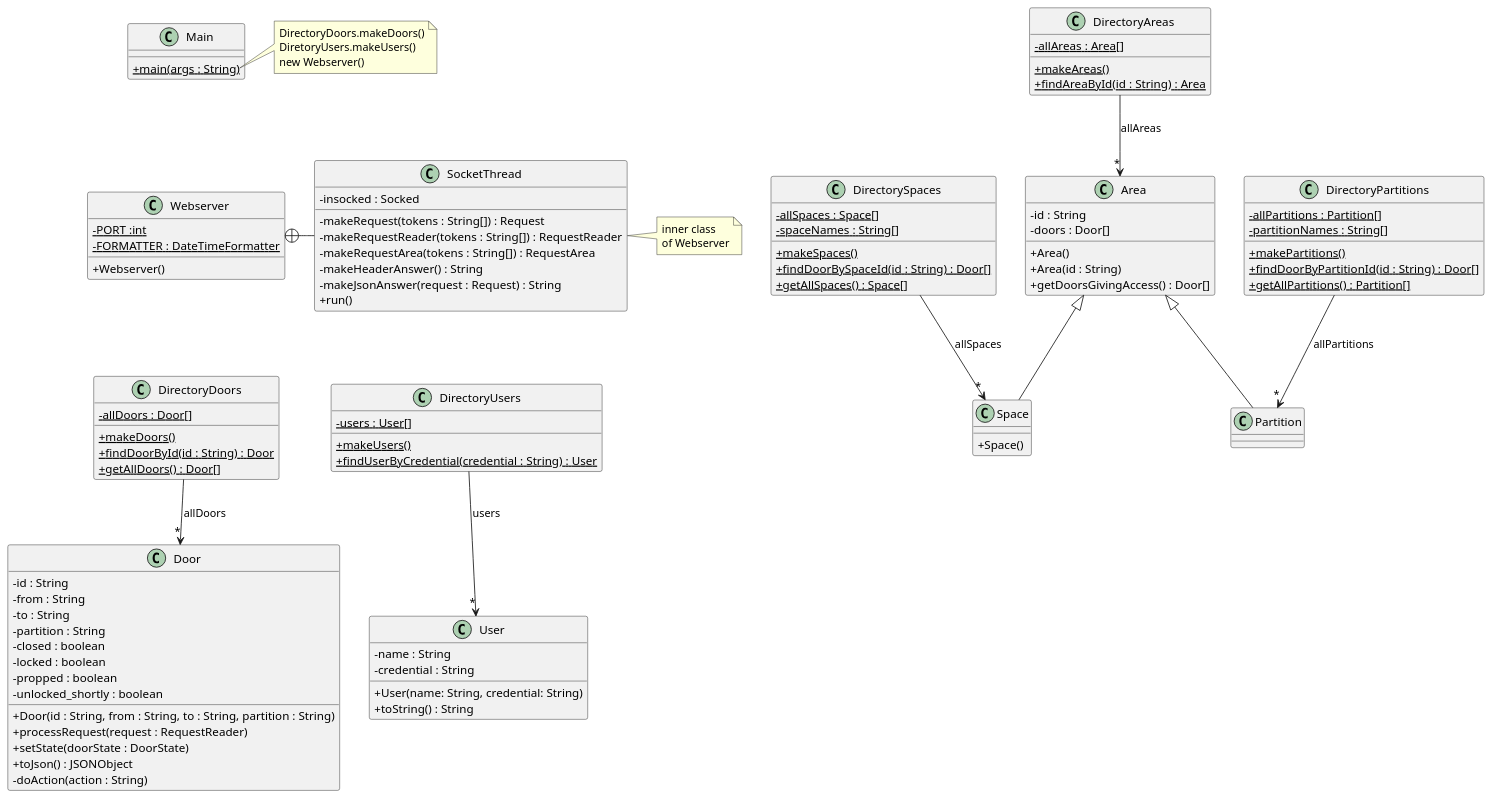
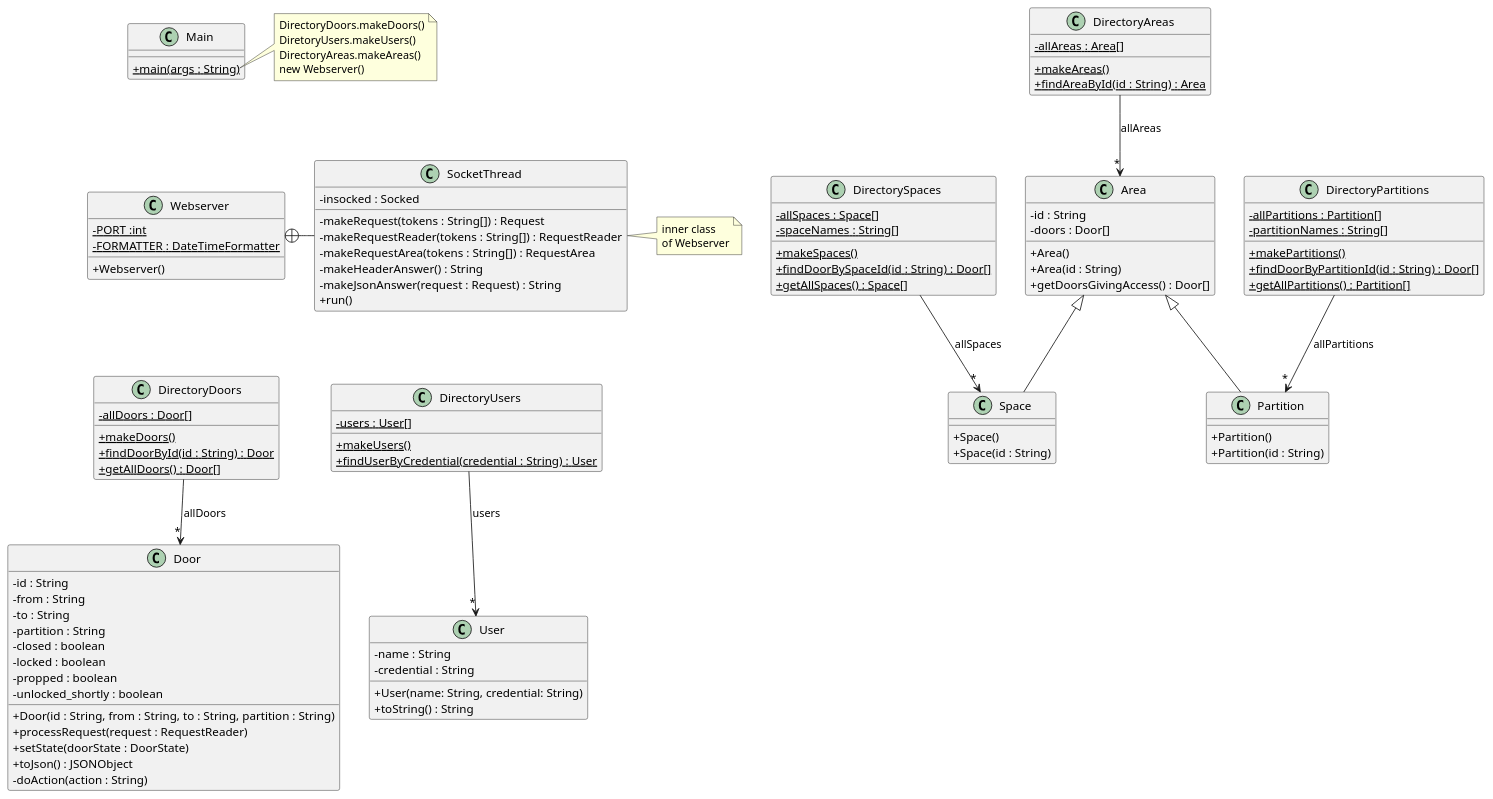
The diagram in src/baseNoStates/uml/base_no_states.puml (davidal15/Projecte-DS), drawn with PlantUML before and after one commit. The commit also changed 2 other files, not shown here.

Commit message:
1.7 baseNoStates UML updated

```diff
--- a/src/baseNoStates/uml/base_no_states.puml
+++ b/src/baseNoStates/uml/base_no_states.puml
@@ -1,134 +1,138 @@
 @startuml
 'https://plantuml.com/class-diagram
 skinparam classAttributeIconSize 0
 
 class Webserver {
 - {static} PORT :int
 - {static} FORMATTER : DateTimeFormatter
 + Webserver()
 }
 
 class SocketThread {
 - insocked : Socked
 - makeRequest(tokens : String[]) : Request
 - makeRequestReader(tokens : String[]) : RequestReader
 - makeRequestArea(tokens : String[]) : RequestArea
 - makeHeaderAnswer() : String
 - makeJsonAnswer(request : Request) : String
 + run()
 }
 
 Webserver +-right- SocketThread
 
 note right of SocketThread
 inner class
 of Webserver
 end note
 
 class DirectoryDoors {
 - {static} allDoors : Door[]
 + {static} makeDoors()
 + {static} findDoorById(id : String) : Door
 + {static} getAllDoors() : Door[]
 }
 
 DirectoryDoors --> "*" Door : "allDoors"
 
 class DirectoryUsers {
 - {static} users : User[]
 + {static} makeUsers()
 + {static} findUserByCredential(credential : String) : User
 }
 
 DirectoryUsers --> "*" User : "users"
 
 class DirectorySpaces {
 -{static} allSpaces : Space[]
 -{static} spaceNames : String[]
 +{static} makeSpaces()
 +{static} findDoorBySpaceId(id : String) : Door[]
 +{static} getAllSpaces() : Space[]
 }
 
 DirectorySpaces --> "*" Space : "allSpaces"
 
 class DirectoryPartitions {
 -{static} allPartitions : Partition[]
 -{static} partitionNames : String[]
 +{static} makePartitions()
 +{static} findDoorByPartitionId(id : String) : Door[]
 +{static} getAllPartitions() : Partition[]
 }
 
 DirectoryPartitions --> "*" Partition : "allPartitions"
 
 class DirectoryAreas {
 - {static} allAreas : Area[]
 + {static} makeAreas()
 + {static} findAreaById(id : String) : Area
 
 }
 
 DirectoryAreas --> "*" Area : "allAreas"
 
 
 class Door {
 - id : String
 - from : String
 - to : String
 - partition : String
 - closed : boolean
 - locked : boolean
 - propped : boolean
 - unlocked_shortly : boolean
 + Door(id : String, from : String, to : String, partition : String)
 + processRequest(request : RequestReader)
 + setState(doorState : DoorState)
 + toJson() : JSONObject
 '+ toString() : String
 '+ isClosed() :boolean
 '+ setClosed(b : boolean)
 '+ getStateName() : String
 - doAction(action : String)
 }
 
 
 class User {
 - name : String
 - credential : String
 + User(name: String, credential: String)
 + toString() : String
 }
 
 class Space {
 + Space()
++ Space(id : String)
 }
 
 class Partition {
++ Partition()
++ Partition(id : String)
 }
 
 class Area {
 - id : String
 - doors : Door[]
 + Area()
 + Area(id : String)
 + getDoorsGivingAccess() : Door[]
 }
 
 Area <|-- Space
 Area <|-- Partition
 
 class Main {
 + {static} main(args : String)
 }
 
 note right of Main::main
 DirectoryDoors.makeDoors()
 DiretoryUsers.makeUsers()
+DirectoryAreas.makeAreas()
 new Webserver()
 end note
 
 Main -[hidden]down- Webserver
 Webserver -[hidden]down- DirectoryDoors
 DirectoryDoors -[hidden]right- DirectoryUsers
 @enduml
```
